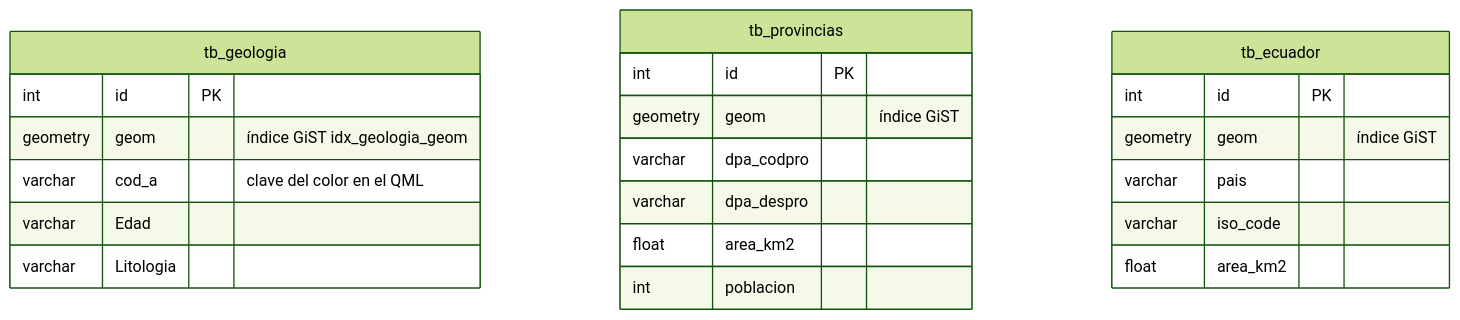
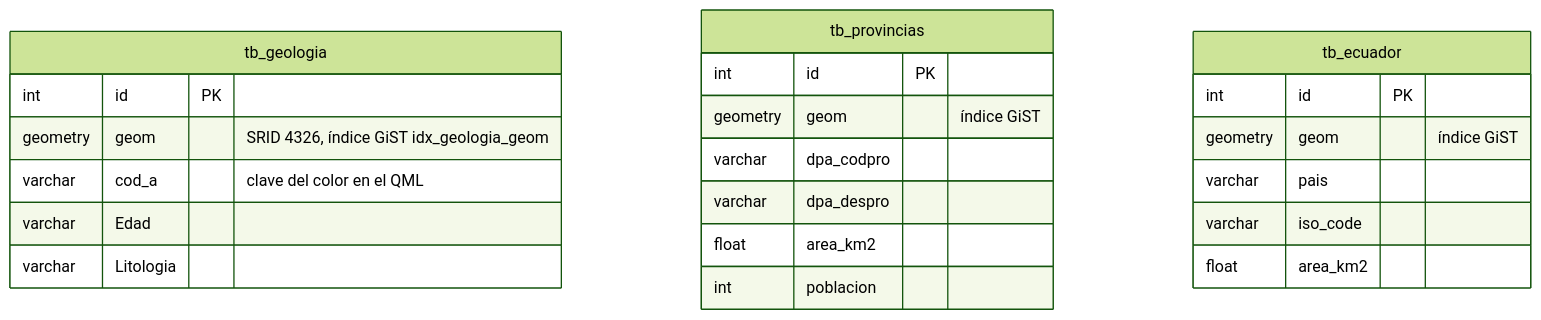
One commit to M147D/sistema-geologico-epn changed the second of 2 diagrams in docs/diagramas/modelo-datos.md. Above: the diagram before and after it, drawn with Mermaid (forest theme). The commit also changed other lines of this file and 14 other files, not shown here.

````diff
--- a/docs/diagramas/modelo-datos.md
+++ b/docs/diagramas/modelo-datos.md
@@ -119,25 +122,25 @@
 ```mermaid
 erDiagram
   tb_geologia {
     int id PK
-    geometry geom "índice GiST idx_geologia_geom"
+    geometry geom "SRID 4326, índice GiST idx_geologia_geom"
     varchar cod_a "clave del color en el QML"
     varchar Edad
     varchar Litologia
   }
   tb_provincias {
     int id PK
     geometry geom "índice GiST"
     varchar dpa_codpro
     varchar dpa_despro
     float area_km2
     int poblacion
   }
   tb_ecuador {
     int id PK
     geometry geom "índice GiST"
     varchar pais
     varchar iso_code
     float area_km2
   }
 ```
````
